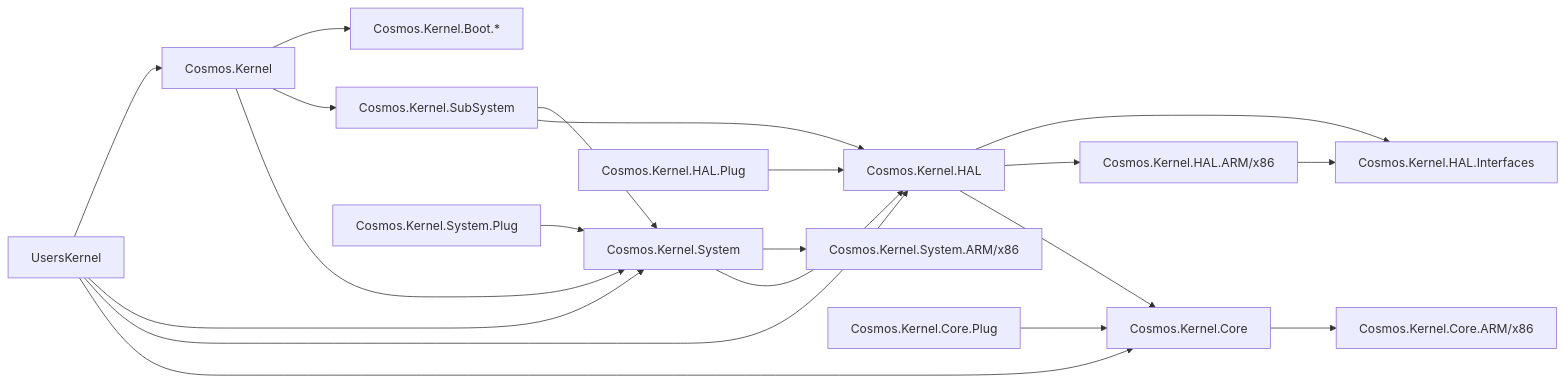
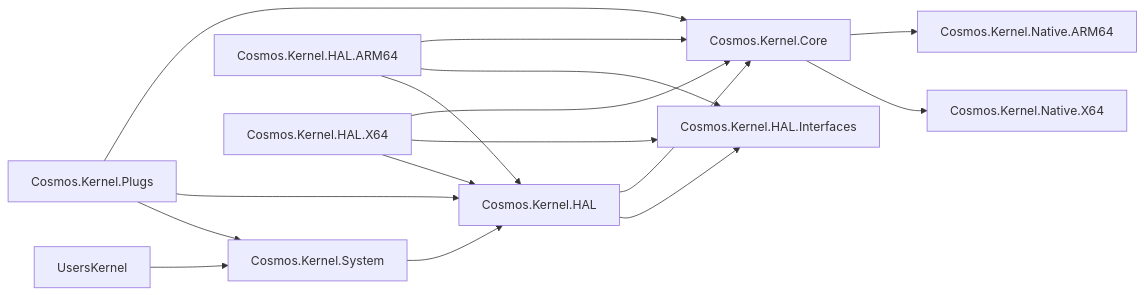
The diagram in docs/articles/kernel-project-layout.md (valentinbreiz/nativeaot-patcher), drawn with Mermaid before and after one commit. The commit also changed other lines of this file, not shown here.

Commit message:
Revise kernel project layout and documentation
📝 Updated the kernel project layout diagram and descriptions to include new components and clarify relationships.

````diff
--- a/docs/articles/kernel-project-layout.md
+++ b/docs/articles/kernel-project-layout.md
@@ -6,22 +6,18 @@
 ```mermaid
 flowchart LR;
-	UsersKernel-->Cosmos.Kernel;
 	UsersKernel-->Cosmos.Kernel.System;
-	UsersKernel-->Cosmos.Kernel.HAL;
-	UsersKernel-->Cosmos.Kernel.Core;
-    Cosmos.Kernel-->Cosmos.Kernel.Boot.*;
-	Cosmos.Kernel-->Cosmos.Kernel.SubSystem;
-	Cosmos.Kernel.SubSystem-->Cosmos.Kernel.System;
-	Cosmos.Kernel.SubSystem-->Cosmos.Kernel.HAL;
-    Cosmos.Kernel-->Cosmos.Kernel.System;
-    Cosmos.Kernel.System-->Cosmos.Kernel.System.ARM/x86;
-	Cosmos.Kernel.System.Plug-->Cosmos.Kernel.System;
     Cosmos.Kernel.System-->Cosmos.Kernel.HAL;
+	Cosmos.Kernel.Plugs-->Cosmos.Kernel.System;
+    Cosmos.Kernel.Plugs-->Cosmos.Kernel.HAL;
+    Cosmos.Kernel.Plugs-->Cosmos.Kernel.Core;
     Cosmos.Kernel.HAL-->Cosmos.Kernel.HAL.Interfaces;
-	Cosmos.Kernel.HAL-->Cosmos.Kernel.HAL.ARM/x86;
-	Cosmos.Kernel.HAL.ARM/x86-->Cosmos.Kernel.HAL.Interfaces;
-	Cosmos.Kernel.HAL.Plug-->Cosmos.Kernel.HAL;
+    Cosmos.Kernel.HAL.ARM64-->Cosmos.Kernel.HAL;
+    Cosmos.Kernel.HAL.X64-->Cosmos.Kernel.HAL;
+	Cosmos.Kernel.HAL.ARM64-->Cosmos.Kernel.HAL.Interfaces;
+	Cosmos.Kernel.HAL.X64-->Cosmos.Kernel.HAL.Interfaces;
+	Cosmos.Kernel.HAL.ARM64-->Cosmos.Kernel.Core;
+	Cosmos.Kernel.HAL.X64-->Cosmos.Kernel.Core;
 	Cosmos.Kernel.HAL-->Cosmos.Kernel.Core;
-    Cosmos.Kernel.Core-->Cosmos.Kernel.Core.ARM/x86;
-	Cosmos.Kernel.Core.Plug-->Cosmos.Kernel.Core;
+    Cosmos.Kernel.Core-->Cosmos.Kernel.Native.X64;
+    Cosmos.Kernel.Core-->Cosmos.Kernel.Native.ARM64;
 ```
````
